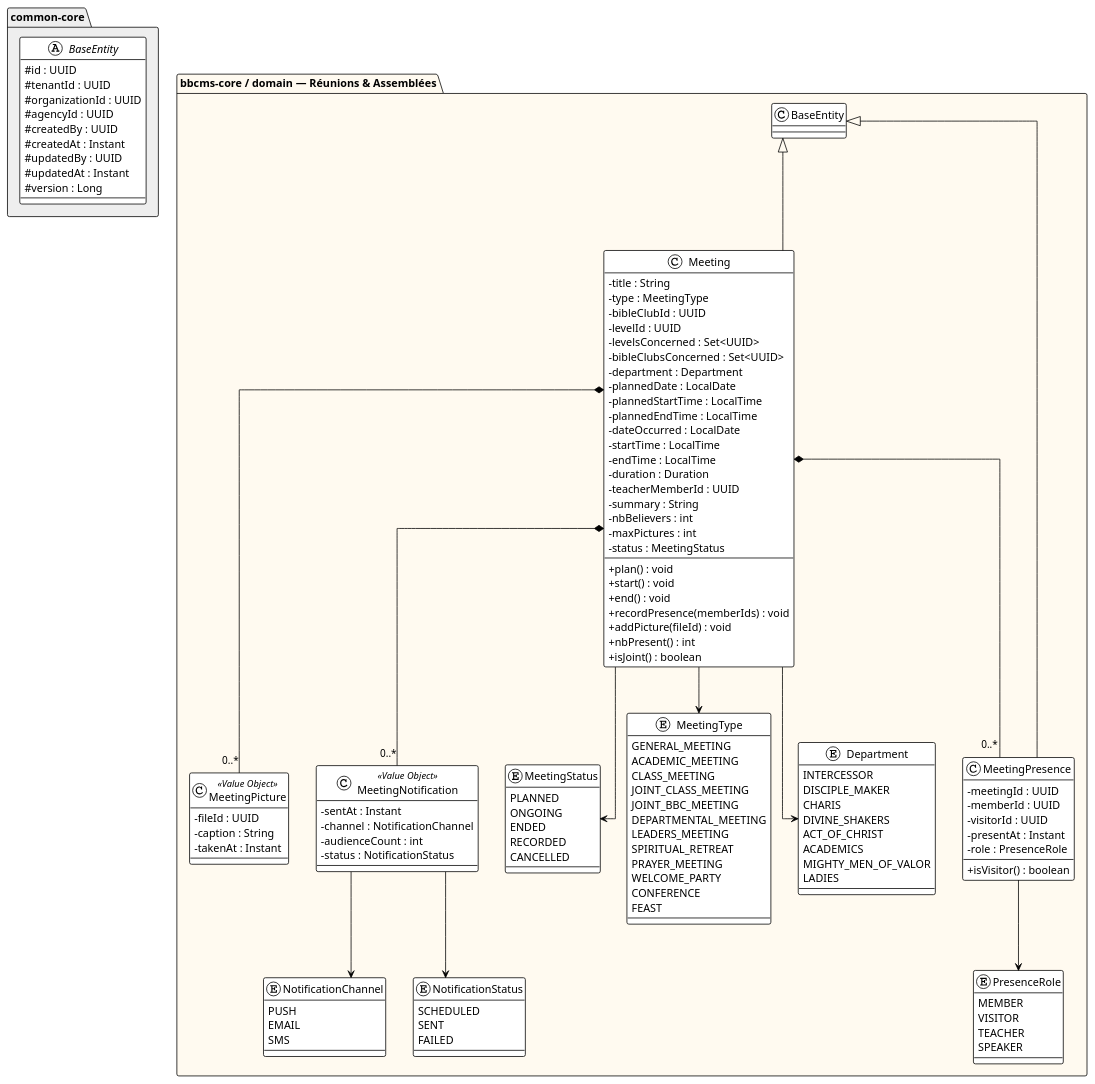
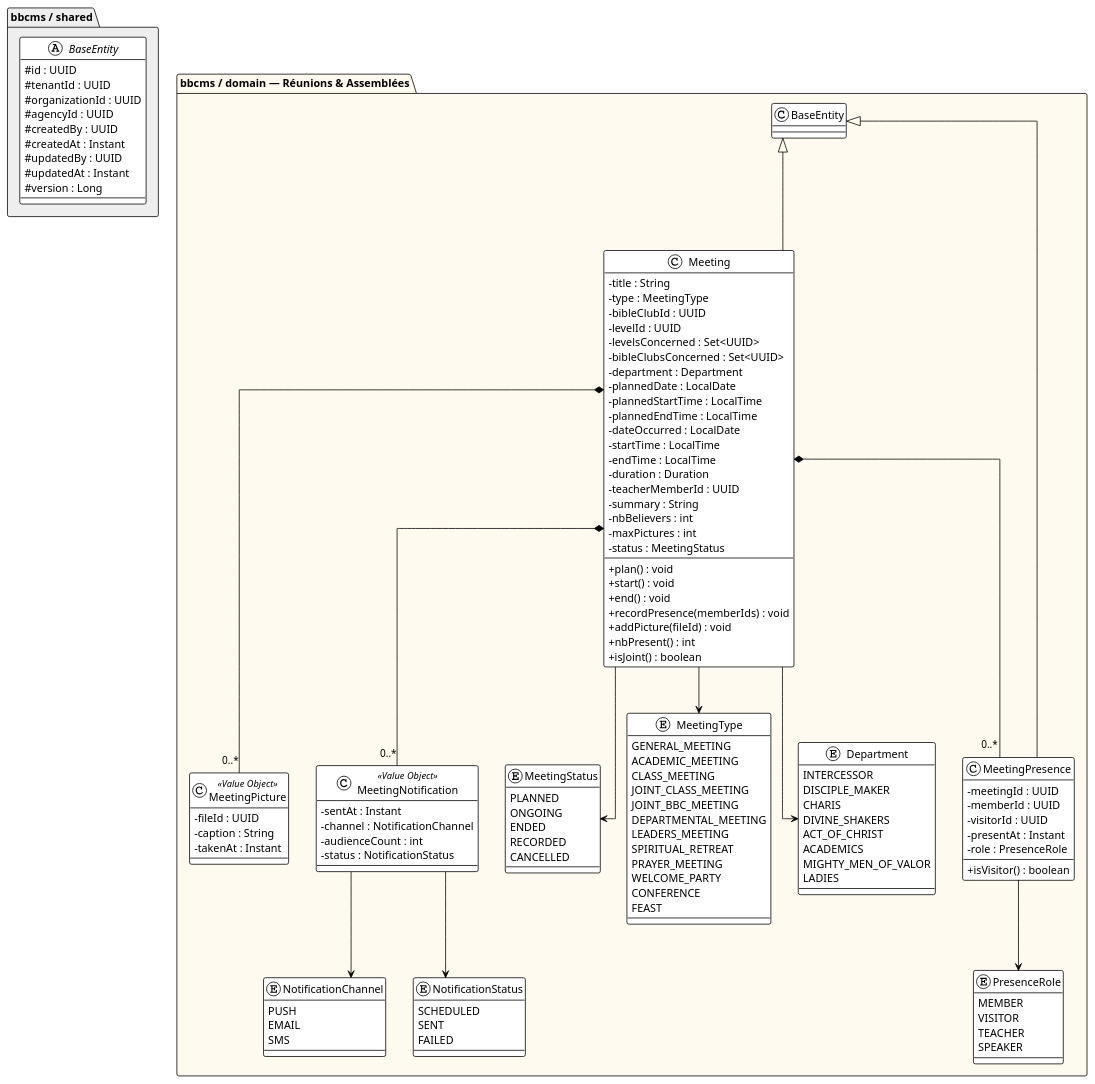
One commit to TF-Jordan/CairTech changed the diagram in bbcms/diagrams/dc-meeting.puml. Above: the diagram before and after it, drawn with PlantUML. The commit also changed 34 other files, not shown here.

```diff
--- a/bbcms/diagrams/dc-meeting.puml
+++ b/bbcms/diagrams/dc-meeting.puml
@@ -1,137 +1,137 @@
 @startuml dc-meeting
 !theme plain
 skinparam classAttributeIconSize 0
 skinparam linetype ortho
 
-package "common-core" #EEEEEE {
+package "bbcms / shared" #EEEEEE {
     abstract class BaseEntity {
         # id : UUID
         # tenantId : UUID
         # organizationId : UUID
         # agencyId : UUID
         # createdBy : UUID
         # createdAt : Instant
         # updatedBy : UUID
         # updatedAt : Instant
         # version : Long
     }
 }
 
-package "bbcms-core / domain — Réunions & Assemblées" #FFFAF0 {
+package "bbcms / domain — Réunions & Assemblées" #FFFAF0 {
 
     class Meeting extends BaseEntity {
         - title : String
         - type : MeetingType
         - bibleClubId : UUID
         - levelId : UUID
         - levelsConcerned : Set<UUID>
         - bibleClubsConcerned : Set<UUID>
         - department : Department
         - plannedDate : LocalDate
         - plannedStartTime : LocalTime
         - plannedEndTime : LocalTime
         - dateOccurred : LocalDate
         - startTime : LocalTime
         - endTime : LocalTime
         - duration : Duration
         - teacherMemberId : UUID
         - summary : String
         - nbBelievers : int
         - maxPictures : int
         - status : MeetingStatus
         + plan() : void
         + start() : void
         + end() : void
         + recordPresence(memberIds) : void
         + addPicture(fileId) : void
         + nbPresent() : int
         + isJoint() : boolean
     }
 
     class MeetingPresence extends BaseEntity {
         - meetingId : UUID
         - memberId : UUID
         - visitorId : UUID
         - presentAt : Instant
         - role : PresenceRole
         + isVisitor() : boolean
     }
 
     class MeetingPicture <<Value Object>> {
         - fileId : UUID
         - caption : String
         - takenAt : Instant
     }
 
     class MeetingNotification <<Value Object>> {
         - sentAt : Instant
         - channel : NotificationChannel
         - audienceCount : int
         - status : NotificationStatus
     }
 
     enum MeetingStatus {
         PLANNED
         ONGOING
         ENDED
         RECORDED
         CANCELLED
     }
 
     enum MeetingType {
         GENERAL_MEETING
         ACADEMIC_MEETING
         CLASS_MEETING
         JOINT_CLASS_MEETING
         JOINT_BBC_MEETING
         DEPARTMENTAL_MEETING
         LEADERS_MEETING
         SPIRITUAL_RETREAT
         PRAYER_MEETING
         WELCOME_PARTY
         CONFERENCE
         FEAST
     }
 
     enum Department {
         INTERCESSOR
         DISCIPLE_MAKER
         CHARIS
         DIVINE_SHAKERS
         ACT_OF_CHRIST
         ACADEMICS
         MIGHTY_MEN_OF_VALOR
         LADIES
     }
 
     enum PresenceRole {
         MEMBER
         VISITOR
         TEACHER
         SPEAKER
     }
 
     enum NotificationChannel {
         PUSH
         EMAIL
         SMS
     }
 
     enum NotificationStatus {
         SCHEDULED
         SENT
         FAILED
     }
 
     Meeting *-- "0..*" MeetingPresence
     Meeting *-- "0..*" MeetingPicture
     Meeting *-- "0..*" MeetingNotification
     Meeting --> MeetingStatus
     Meeting --> MeetingType
     Meeting --> Department
     MeetingPresence --> PresenceRole
     MeetingNotification --> NotificationChannel
     MeetingNotification --> NotificationStatus
 }
 
 @enduml
```
